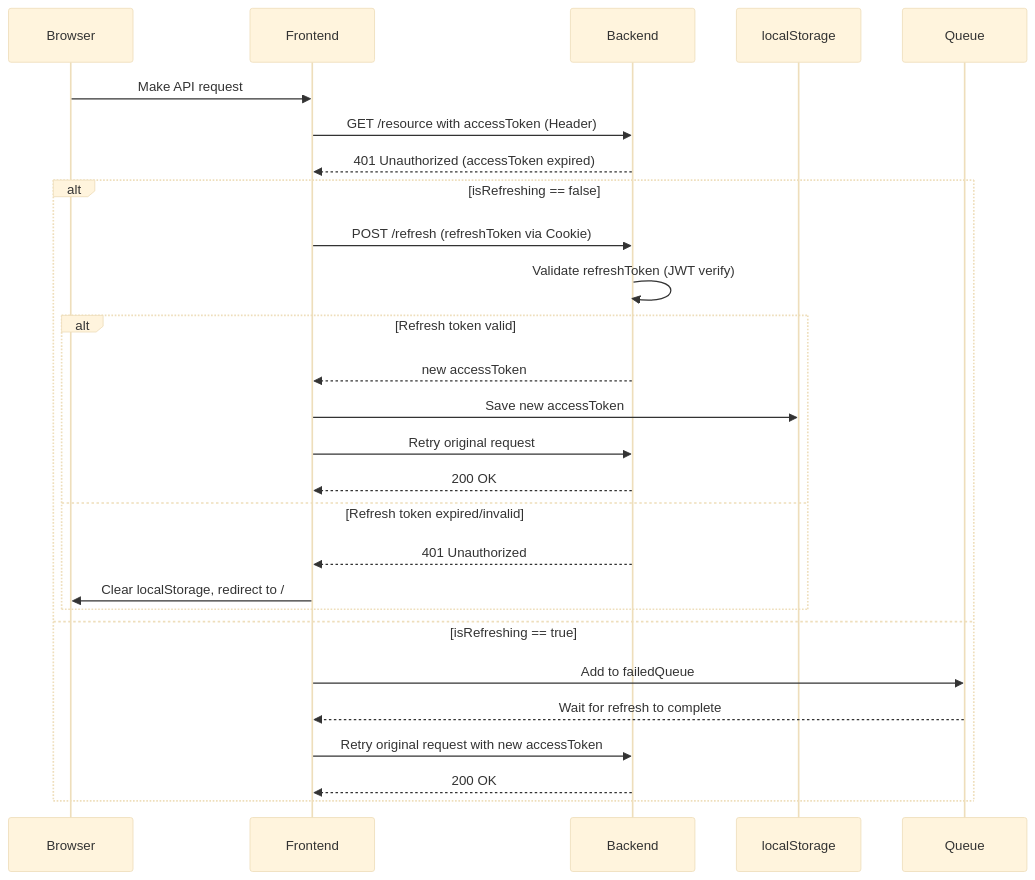
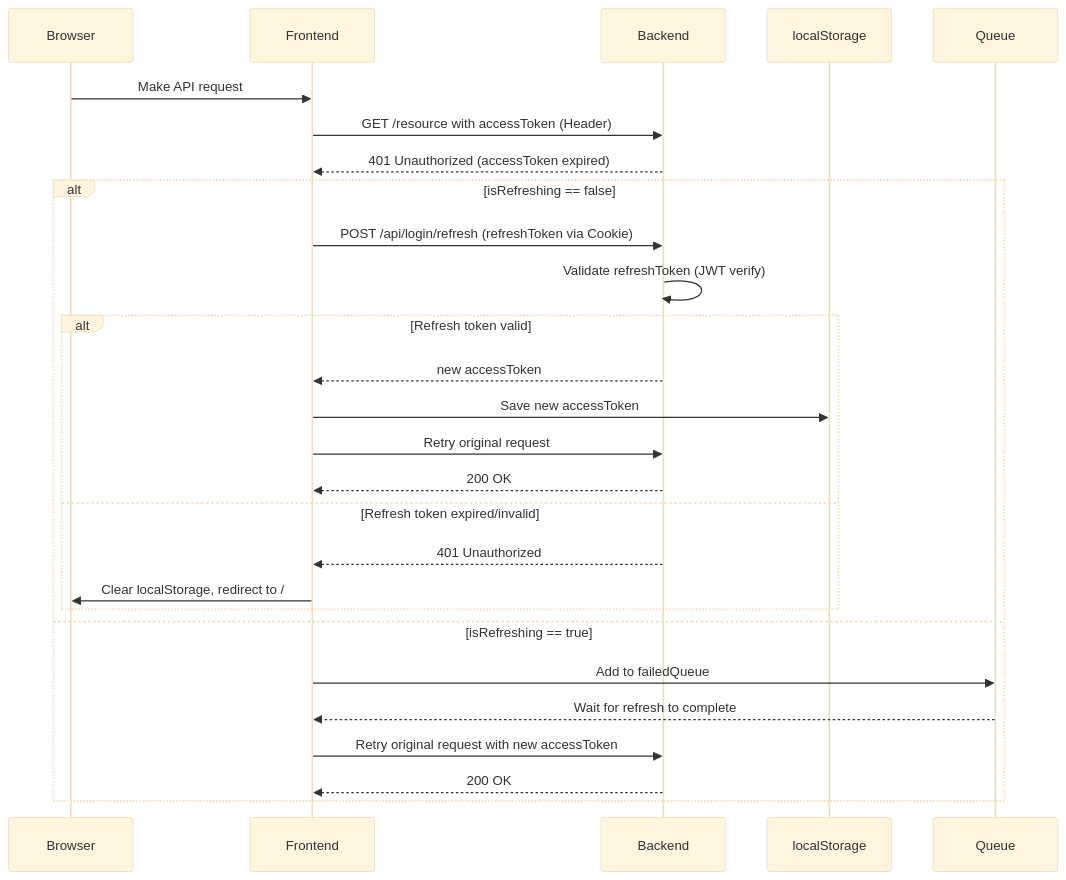
The diagram in Documentation/codeoverview.md (phuvio/Material-bank), drawn with Mermaid (base theme) before and after one commit. The commit also changed other lines of this file, not shown here.

````diff
--- a/Documentation/codeoverview.md
+++ b/Documentation/codeoverview.md
@@ -17,29 +28,29 @@
 ```mermaid
-sequenceDiagram
+    sequenceDiagram
     participant Browser
     participant Frontend
     participant Backend
 
     Browser->>Frontend: Make API request
     Frontend->>Backend: GET /resource with accessToken (Header)
     Backend-->>Frontend: 401 Unauthorized (accessToken expired)
 
     alt isRefreshing == false
-        Frontend->>Backend: POST /refresh (refreshToken via Cookie)
+        Frontend->>Backend: POST /api/login/refresh (refreshToken via Cookie)
         Backend->>Backend: Validate refreshToken (JWT verify)
         alt Refresh token valid
             Backend-->>Frontend: new accessToken
             Frontend->>localStorage: Save new accessToken
             Frontend->>Backend: Retry original request
             Backend-->>Frontend: 200 OK
-        else Refresh token expired/invalid
-            Backend-->>Frontend: 401 Unauthorized
-            Frontend->>Browser: Clear localStorage, redirect to /
-        end
-    else isRefreshing == true
-        Frontend->>Queue: Add to failedQueue
-        Queue-->>Frontend: Wait for refresh to complete
-        Frontend->>Backend: Retry original request with new accessToken
-        Backend-->>Frontend: 200 OK
-    end
+                else Refresh token expired/invalid
+                    Backend-->>Frontend: 401 Unauthorized
+                    Frontend->>Browser: Clear localStorage, redirect to /
+                end
+            else isRefreshing == true
+                Frontend->>Queue: Add to failedQueue
+                Queue-->>Frontend: Wait for refresh to complete
+                Frontend->>Backend: Retry original request with new accessToken
+                Backend-->>Frontend: 200 OK
+            end
 ```
````
